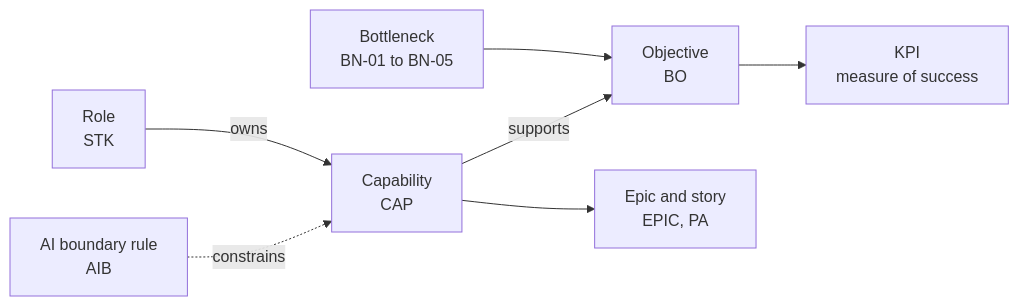
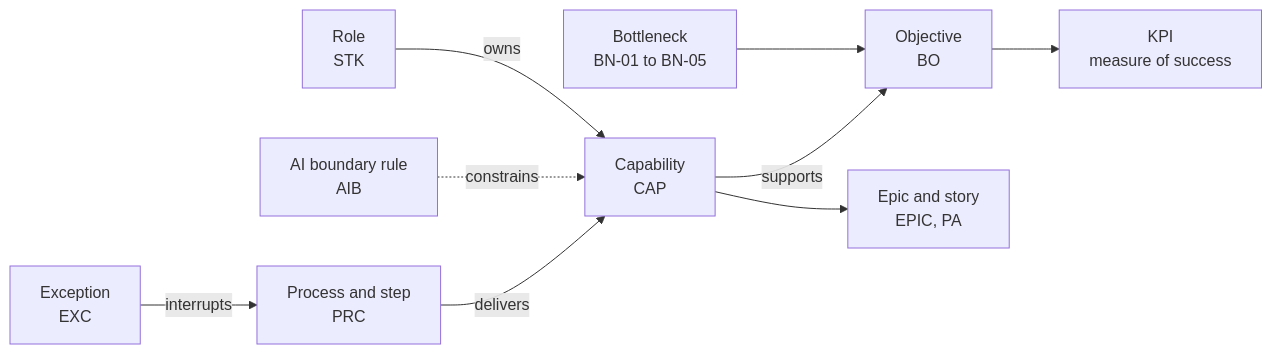
The third of 5 diagrams in docs/project-recap.md (maheshjq/guided-payroll-activation), drawn with Mermaid before and after one commit. The commit also changed other lines of this file, not shown here.

````diff
--- a/docs/project-recap.md
+++ b/docs/project-recap.md
@@ -62,9 +71,11 @@
 ```mermaid
 flowchart LR
     BN["Bottleneck<br/>BN-01 to BN-05"] --> BO["Objective<br/>BO"]
     BO --> KPI["KPI<br/>measure of success"]
     CAP["Capability<br/>CAP"] -->|supports| BO
     CAP --> EP["Epic and story<br/>EPIC, PA"]
     STK["Role<br/>STK"] -->|owns| CAP
     AIB["AI boundary rule<br/>AIB"] -.->|constrains| CAP
+    PRC["Process and step<br/>PRC"] -->|delivers| CAP
+    EXC["Exception<br/>EXC"] -->|interrupts| PRC
 ```
````
